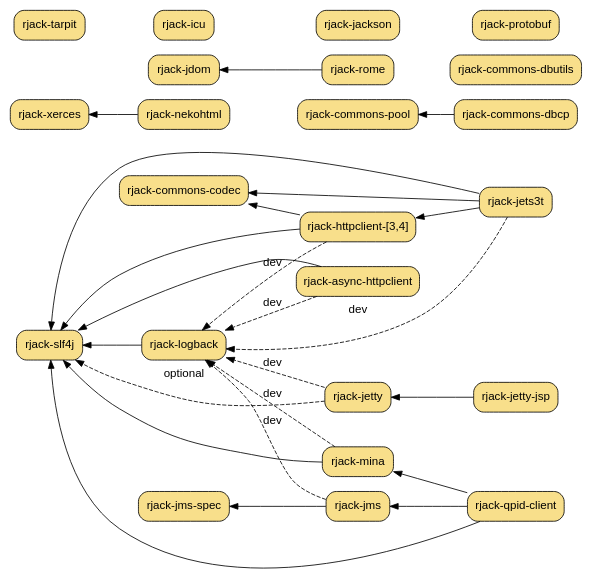
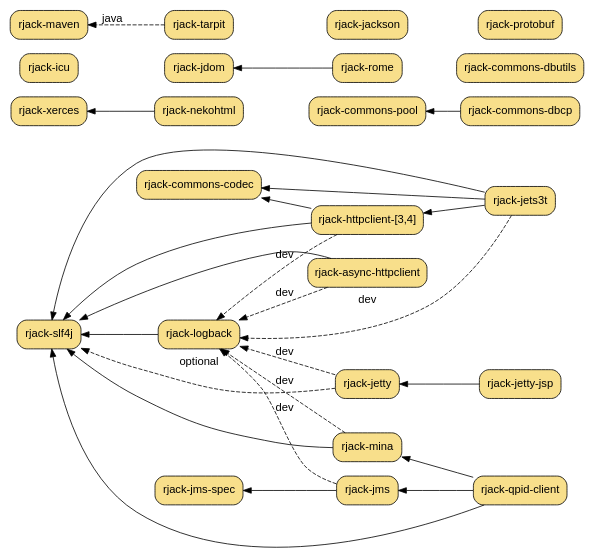
Before and after one commit to dekellum/rjack: the diagram in www/rjack.dot, drawn with Graphviz.

Commit message:
www: Add maven to graph

```diff
--- a/www/rjack.dot
+++ b/www/rjack.dot
@@ -1,83 +1,87 @@
 digraph "RJack Gem Dependency Graph" {
   bgcolor="transparent";
   rankdir=RL;
   size="6.0,6.0";
   node [ shape=box, style="filled,rounded", fillcolor="#f8df8b",
          fontname="Arial", margin="0.15,0.1" ];
   edge [ fontname="Arial" ];
 
   "rjack-jets3t"        [ target=_parent, URL="jets3t/" ];
   "rjack-nekohtml"      [ target=_parent, URL="nekohtml/", group=ml ];
   "rjack-rome"          [ target=_parent, URL="rome/", group=ml ];
   "rjack-jdom"          [ target=_parent, URL="jdom/", group=ml ];
   "rjack-xerces"        [ target=_parent, URL="xerces/", group=ml ];
 
   "rjack-httpclient"    [ target=_parent, URL="httpclient-3/",
                           shape=record, label="rjack-httpclient-[3,4]" ];
 
   "rjack-icu"           [ target=_parent, URL="icu/" ];
 
   "rjack-jetty"         [ target=_parent, URL="jetty/" ];
   "rjack-jetty-jsp"     [ target=_parent, URL="jetty-jsp/" ];
 
   "rjack-slf4j"         [ target=_parent, URL="slf4j/", group=log ];
   "rjack-logback"       [ target=_parent, URL="logback/", group=log ];
 
   "rjack-commons-codec" [ target=_parent, URL="commons-codec/", group=commons ];
 
   "rjack-jms-spec"      [ target=_parent, URL="jms-spec/", group=net ];
   "rjack-jms"           [ target=_parent, URL="jms/", group=net ];
   "rjack-mina"          [ target=_parent, URL="mina/", group=net ];
   "rjack-qpid-client"   [ target=_parent, URL="qpid-client/", group=net ];
 
   "rjack-commons-dbcp"  [ target=_parent, URL="commons-dbcp/", group=commons ];
   "rjack-commons-dbutils" [ target=_parent, URL="commons-dbutils/", group=commons ];
 
   "rjack-commons-pool"  [ target=_parent, URL="commons-pool/", group=commons ];
   "rjack-protobuf"      [ target=_parent, URL="protobuf/" ];
 
   "rjack-tarpit"        [ target=_parent, URL="tarpit/" ];
+  "rjack-maven"         [ target=_parent, URL="maven/" ];
+
   "rjack-jackson"       [ target=_parent, URL="jackson/" ];
 
   "rjack-async-httpclient" [ target=_parent, URL="async-httpclient/" ];
+
+  "rjack-tarpit"       -> "rjack-maven" [ style=dashed, label="java" ];
 
   "rjack-jets3t"       -> "rjack-logback" [ style=dashed, label="dev" ];
   "rjack-jets3t"       -> "rjack-httpclient";
   "rjack-jets3t"       -> "rjack-commons-codec";
   "rjack-jets3t"       -> "rjack-slf4j";
   "rjack-rome"         -> "rjack-jdom"
   "rjack-nekohtml"     -> "rjack-xerces"
 
   "rjack-httpclient"   -> "rjack-commons-codec";
   "rjack-httpclient"   -> "rjack-logback" [ style=dashed, label="dev" ];
   "rjack-httpclient"   -> "rjack-slf4j";
 
   "rjack-jetty-jsp"    -> "rjack-jetty";
   "rjack-jetty"        -> "rjack-logback" [ style=dashed, label="dev" ];
   "rjack-jetty"        -> "rjack-slf4j"   [ style=dashed, label="optional" ];
 
   "rjack-logback"      -> "rjack-slf4j";
 
   "rjack-jms"          -> "rjack-jms-spec";
   "rjack-jms"          -> "rjack-logback" [ style=dashed, label="dev" ];
 
   "rjack-mina"         -> "rjack-slf4j";
   "rjack-mina"         -> "rjack-logback" [ style=dashed, label="dev" ];
 
   "rjack-qpid-client"  -> "rjack-mina";
   "rjack-qpid-client"  -> "rjack-jms";
   "rjack-qpid-client"  -> "rjack-slf4j";
 #  "rjack-qpid-client"  -> "rjack-logback" [ style=dashed, label="dev" ];
 
   "rjack-commons-dbcp" -> "rjack-commons-pool";
 
   "rjack-async-httpclient" -> "rjack-slf4j"
   "rjack-async-httpclient" -> "rjack-logback" [ style=dashed, label="dev" ];
 
 # for fitting only
-  "rjack-jackson"         -> "rjack-icu"      [ style=invis ];
-  "rjack-icu"             -> "rjack-tarpit"   [ style=invis ];
+  "rjack-jackson"         -> "rjack-tarpit"   [ style=invis ];
+  "rjack-jdom"            -> "rjack-icu"      [ style=invis ];
   "rjack-protobuf"        -> "rjack-jackson"  [ style=invis ];
   "rjack-commons-pool"    -> "rjack-nekohtml" [ style=invis ];
   "rjack-commons-dbutils" -> "rjack-rome"     [ style=invis ];
 }
```
